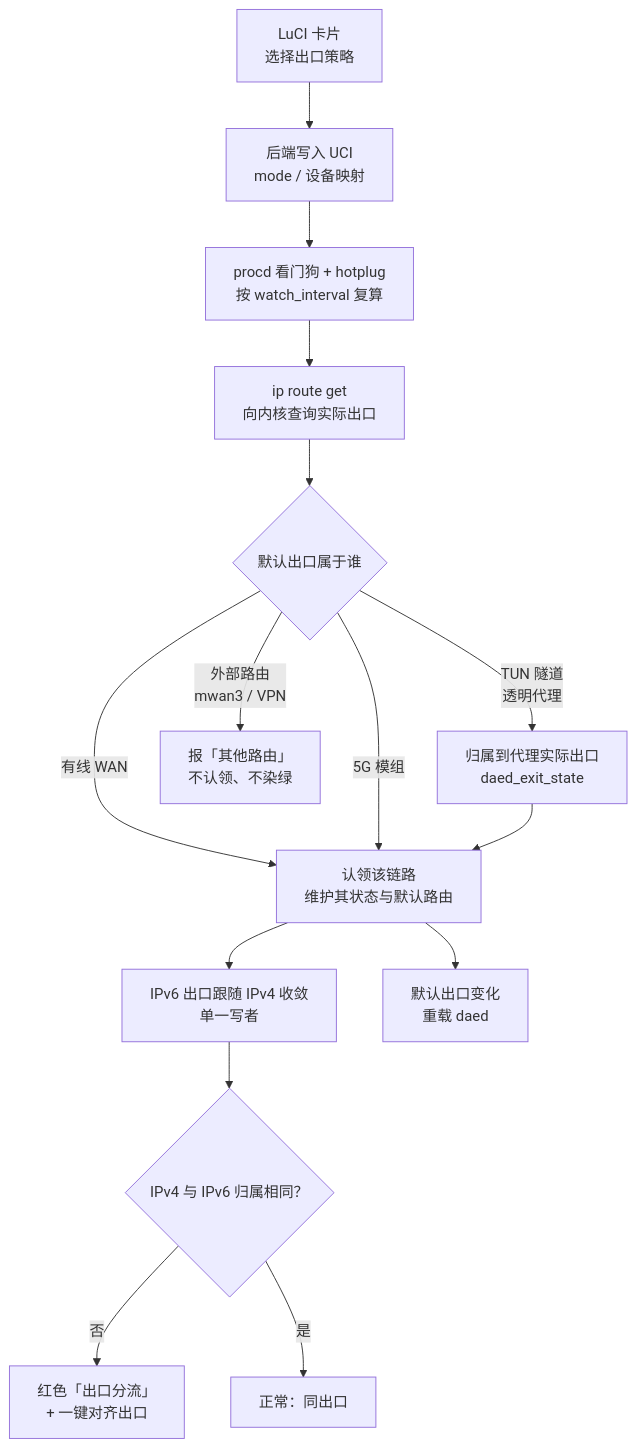
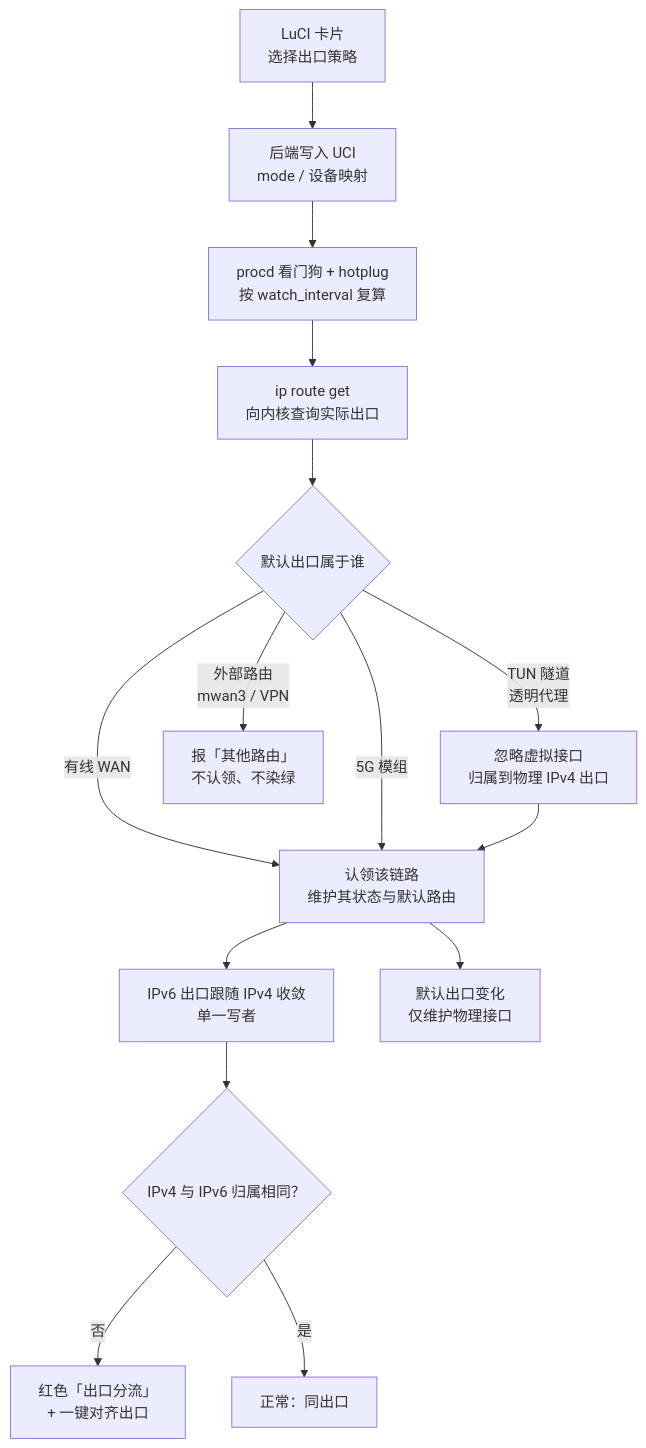
One commit to LianXia233/luci-app-h5000m-netmode changed the diagram in README.md. Above: the diagram before and after it, drawn with Mermaid. The commit also changed other lines of this file and 4 other files, not shown here.

````diff
--- a/README.md
+++ b/README.md
@@ -82,17 +82,17 @@
 ```mermaid
 flowchart TD
     A["LuCI 卡片<br/>选择出口策略"] --> B["后端写入 UCI<br/>mode / 设备映射"]
     B --> C["procd 看门狗 + hotplug<br/>按 watch_interval 复算"]
     C --> D["ip route get<br/>向内核查询实际出口"]
     D --> E{"默认出口属于谁"}
     E -->|"有线 WAN"| F["认领该链路<br/>维护其状态与默认路由"]
     E -->|"5G 模组"| F
-    E -->|"TUN 隧道<br/>透明代理"| M["归属到代理实际出口<br/>daed_exit_state"]
+    E -->|"TUN 隧道<br/>透明代理"| M["忽略虚拟接口<br/>归属到物理 IPv4 出口"]
     M --> F
     E -->|"外部路由<br/>mwan3 / VPN"| G["报「其他路由」<br/>不认领、不染绿"]
     F --> H["IPv6 出口跟随 IPv4 收敛<br/>单一写者"]
     H --> I{"IPv4 与 IPv6 归属相同？"}
     I -->|否| J["红色「出口分流」<br/>+ 一键对齐出口"]
     I -->|是| K["正常：同出口"]
-    F --> L["默认出口变化<br/>重载 daed"]
+    F --> L["默认出口变化<br/>仅维护物理接口"]
 ```
````
